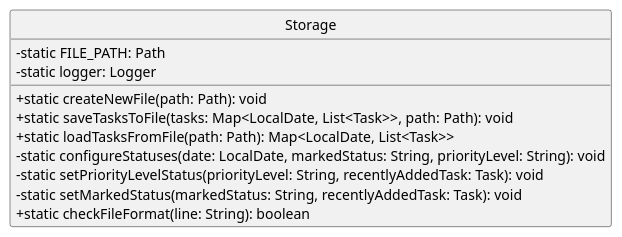
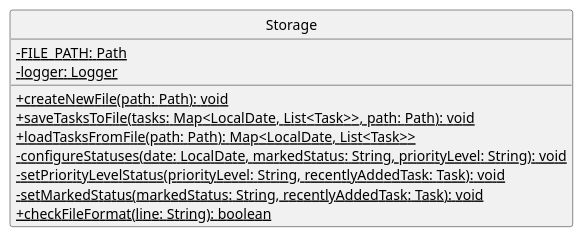
The diagram in docs/diagrams/class/Storage.puml (clarencepohh/tp), drawn with PlantUML before and after one commit. The commit also changed 7 other files, not shown here.

```diff
--- a/docs/diagrams/class/Storage.puml
+++ b/docs/diagrams/class/Storage.puml
@@ -1,19 +1,19 @@
 @startuml
 
 skinparam classAttributeIconSize 0
 
 class Storage {
-    - static FILE_PATH: Path
-    - static logger: Logger
-    + static createNewFile(path: Path): void
-    + static saveTasksToFile(tasks: Map<LocalDate, List<Task>>, path: Path): void
-    + static loadTasksFromFile(path: Path): Map<LocalDate, List<Task>>
-    - static configureStatuses(date: LocalDate, markedStatus: String, priorityLevel: String): void
-    - static setPriorityLevelStatus(priorityLevel: String, recentlyAddedTask: Task): void
-    - static setMarkedStatus(markedStatus: String, recentlyAddedTask: Task): void
-    + static checkFileFormat(line: String): boolean
+    - {static} FILE_PATH: Path
+    - {static} logger: Logger
+    + {static} createNewFile(path: Path): void
+    + {static} saveTasksToFile(tasks: Map<LocalDate, List<Task>>, path: Path): void
+    + {static} loadTasksFromFile(path: Path): Map<LocalDate, List<Task>>
+    - {static} configureStatuses(date: LocalDate, markedStatus: String, priorityLevel: String): void
+    - {static} setPriorityLevelStatus(priorityLevel: String, recentlyAddedTask: Task): void
+    - {static} setMarkedStatus(markedStatus: String, recentlyAddedTask: Task): void
+    + {static} checkFileFormat(line: String): boolean
 }
 
 hide circle
 
 @enduml
```
